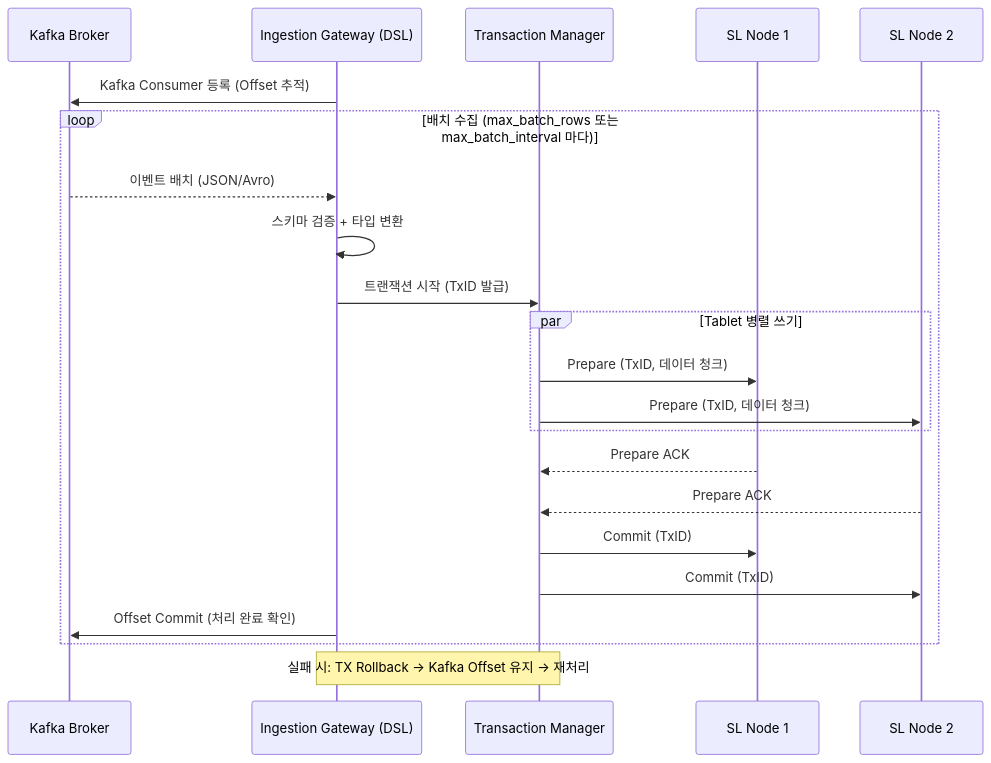
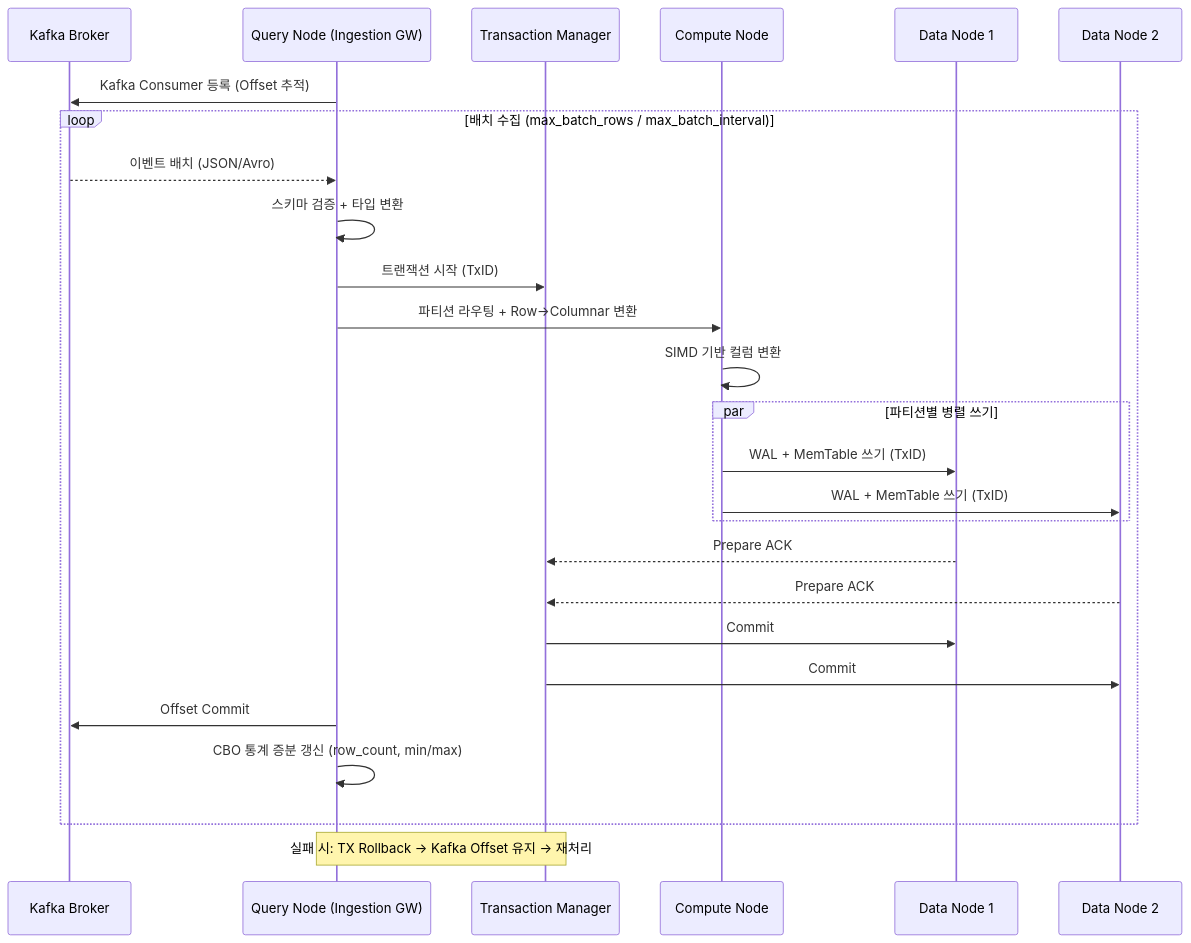
Before and after one commit to moweonlee/wow-db: the third of 7 diagrams in specification/srs.md, drawn with Mermaid. The commit also changed other lines of this file and 30 other files, not shown here.

````diff
--- a/specification/srs.md
+++ b/specification/srs.md
@@ -279,26 +434,29 @@
 ```mermaid
 sequenceDiagram
     participant KF as Kafka Broker
-    participant IG as Ingestion Gateway (DSL)
+    participant QN as Query Node (Ingestion GW)
     participant TX as Transaction Manager
-    participant SL1 as SL Node 1
-    participant SL2 as SL Node 2
+    participant CN as Compute Node
+    participant DN1 as Data Node 1
+    participant DN2 as Data Node 2
 
-    IG->>KF: Kafka Consumer 등록 (Offset 추적)
-    loop 배치 수집 (max_batch_rows 또는 max_batch_interval 마다)
-        KF-->>IG: 이벤트 배치 (JSON/Avro)
-        IG->>IG: 스키마 검증 + 타입 변환
-        IG->>TX: 트랜잭션 시작 (TxID 발급)
-        par Tablet 병렬 쓰기
-            TX->>SL1: Prepare (TxID, 데이터 청크)
-            TX->>SL2: Prepare (TxID, 데이터 청크)
+    QN->>KF: Kafka Consumer 등록 (Offset 추적)
+    loop 배치 수집 (max_batch_rows / max_batch_interval)
+        KF-->>QN: 이벤트 배치 (JSON/Avro)
+        QN->>QN: 스키마 검증 + 타입 변환
+        QN->>TX: 트랜잭션 시작 (TxID)
+        QN->>CN: 파티션 라우팅 + Row→Columnar 변환
+        CN->>CN: SIMD 기반 컬럼 변환
+        par 파티션별 병렬 쓰기
+            CN->>DN1: WAL + MemTable 쓰기 (TxID)
+            CN->>DN2: WAL + MemTable 쓰기 (TxID)
         end
-        SL1-->>TX: Prepare ACK
-        SL2-->>TX: Prepare ACK
-        TX->>SL1: Commit (TxID)
-        TX->>SL2: Commit (TxID)
-        IG->>KF: Offset Commit (처리 완료 확인)
+        DN1-->>TX: Prepare ACK
+        DN2-->>TX: Prepare ACK
+        TX->>DN1: Commit
+        TX->>DN2: Commit
+        QN->>KF: Offset Commit
+        QN->>QN: CBO 통계 증분 갱신 (row_count, min/max)
     end
-
-    note over IG,TX: 실패 시: TX Rollback → Kafka Offset 유지 → 재처리
+    note over QN,TX: 실패 시: TX Rollback → Kafka Offset 유지 → 재처리
 ```
````
